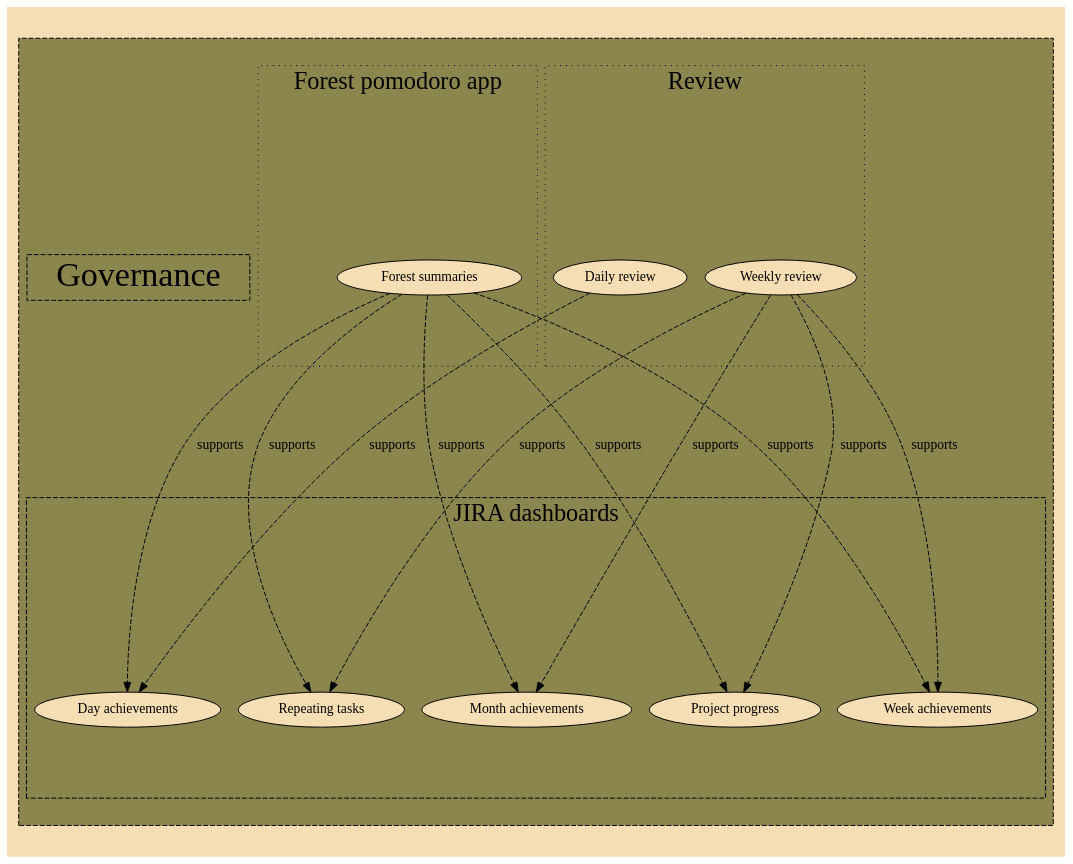
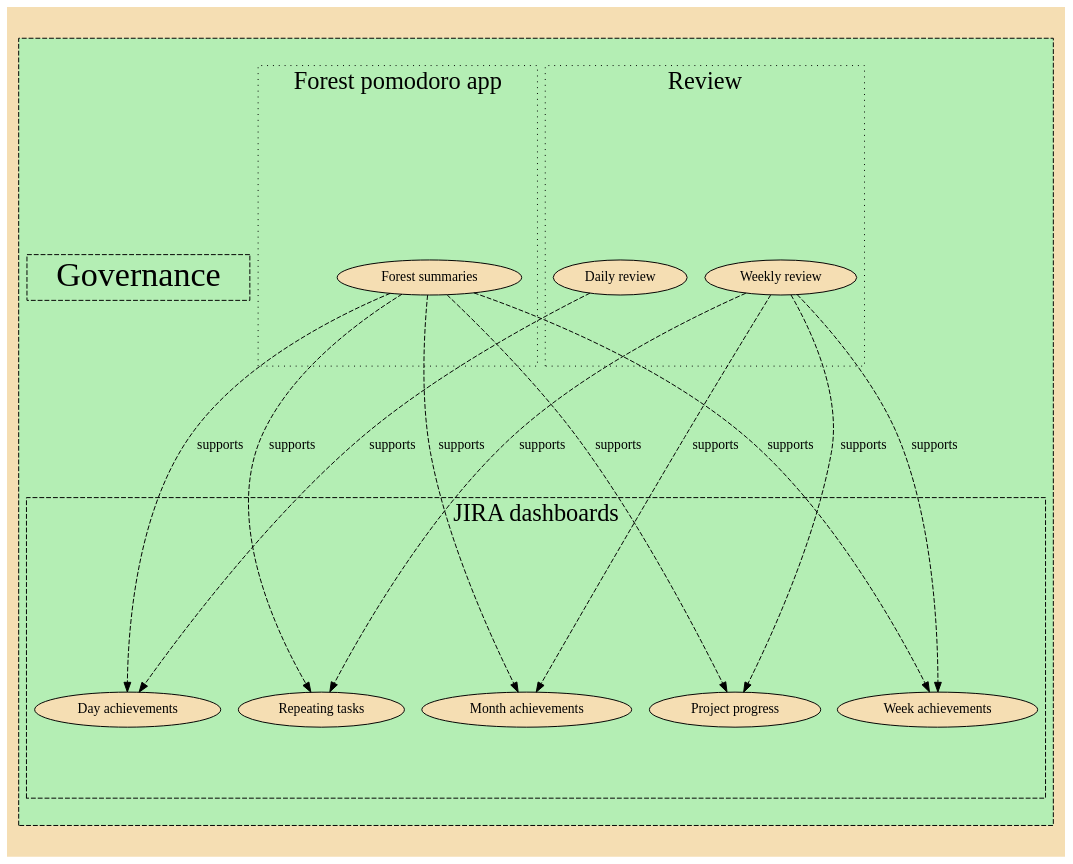
One commit to softloud/good-enough changed the second of 4 diagrams in blog/2025-03-31-governance.qmd. Above: the diagram before and after it, drawn with Graphviz. The commit also changed other lines of this file and 12 other files, not shown here.

````diff
--- a/blog/2025-03-31-governance.qmd
+++ b/blog/2025-03-31-governance.qmd
@@ -128,73 +128,73 @@
 ```{dot}
 digraph governance {
     bgcolor="wheat"
     ratio=0.8
     rankdir=TB
 
   subgraph cluster_governance {
-        bgcolor="khaki4"
+        bgcolor="darkseagreen2"
         style="dashed"
 
         node [style=filled, fillcolor=wheat]
         edge [label="supports"]
         
         subgraph cluster_governance_jira {
             label="JIRA dashboards"
             fontsize=25
 
             daily [label="Day achievements"]
             weekly [label="Week achievements"]
             monthly [label="Month achievements"]
             proj [label="Project progress"]
             inf [label="Repeating tasks"]
         }
         
         subgraph cluster_governance_review {
             label="Review"
             style=dotted
             fontsize=25
 
             drev [label="Daily review"]
             wrev [label="Weekly review"]
             
         }
         
         subgraph cluster_governance_forest {
             label="Forest pomodoro app"
             style=dotted
             fontsize=25
             
             forest [label="Forest summaries"]
             
         }
         
         
 
         governance_node [
             label="Governance", 
             shape=box, 
             style=dashed, 
             fontsize=35,
             width=0.1, 
             height=0.1]
 
         
         forest -> daily [style=dashed]
         forest -> weekly [style=dashed]
         forest -> monthly [style=dashed]
         forest -> inf [style=dashed]
         forest -> proj [style=dashed]
 
 
         drev -> daily [style=dashed]
         wrev -> weekly [style=dashed]
         wrev -> monthly [style=dashed]
         wrev -> inf [style=dashed]
         wrev -> proj [style=dashed]
 
     }
 
 }
 
 
 ```
````
